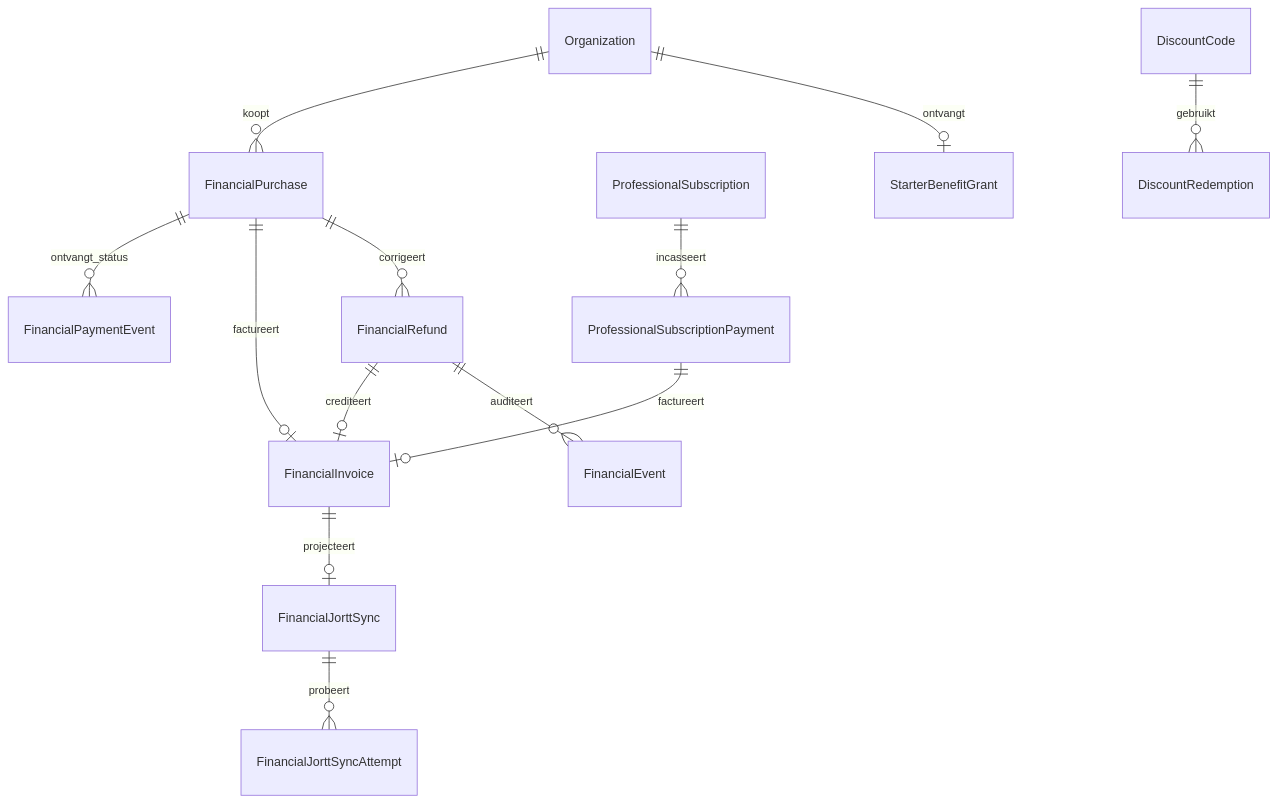
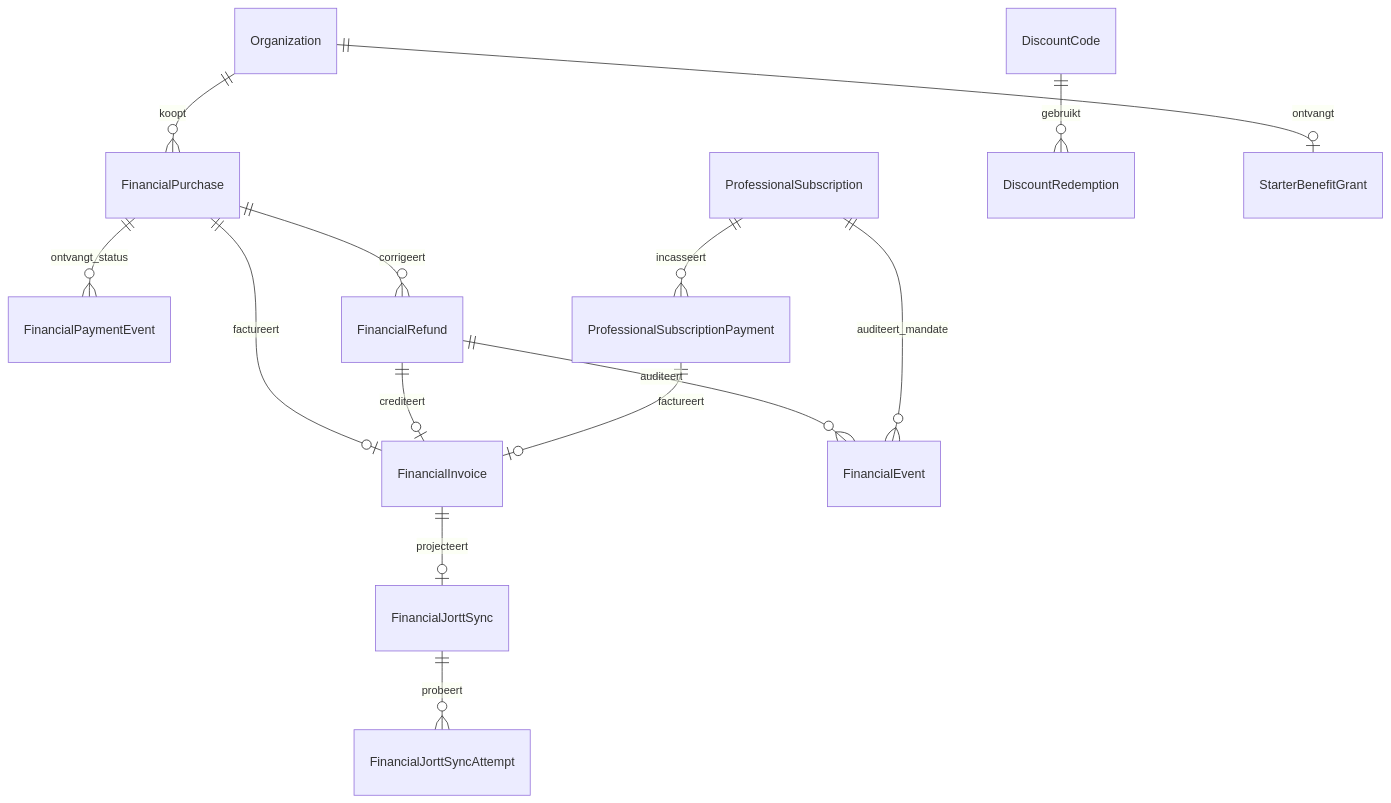
Diagram 17 of 18 in docs/ERD.md (WorkMatchr/platform), drawn with Mermaid before and after one commit. The commit also changed other lines of this file and 23 other files, not shown here.

````diff
--- a/docs/ERD.md
+++ b/docs/ERD.md
@@ -594,15 +594,16 @@
 ```mermaid
 erDiagram
   Organization ||--o{ FinancialPurchase : koopt
   FinancialPurchase ||--o{ FinancialPaymentEvent : ontvangt_status
   FinancialPurchase ||--o| FinancialInvoice : factureert
   FinancialPurchase ||--o{ FinancialRefund : corrigeert
   FinancialRefund ||--o| FinancialInvoice : crediteert
   FinancialRefund ||--o{ FinancialEvent : auditeert
+  ProfessionalSubscription ||--o{ FinancialEvent : auditeert_mandate
   ProfessionalSubscription ||--o{ ProfessionalSubscriptionPayment : incasseert
   ProfessionalSubscriptionPayment ||--o| FinancialInvoice : factureert
   FinancialInvoice ||--o| FinancialJorttSync : projecteert
   FinancialJorttSync ||--o{ FinancialJorttSyncAttempt : probeert
   DiscountCode ||--o{ DiscountRedemption : gebruikt
   Organization ||--o| StarterBenefitGrant : ontvangt
 ```
````
